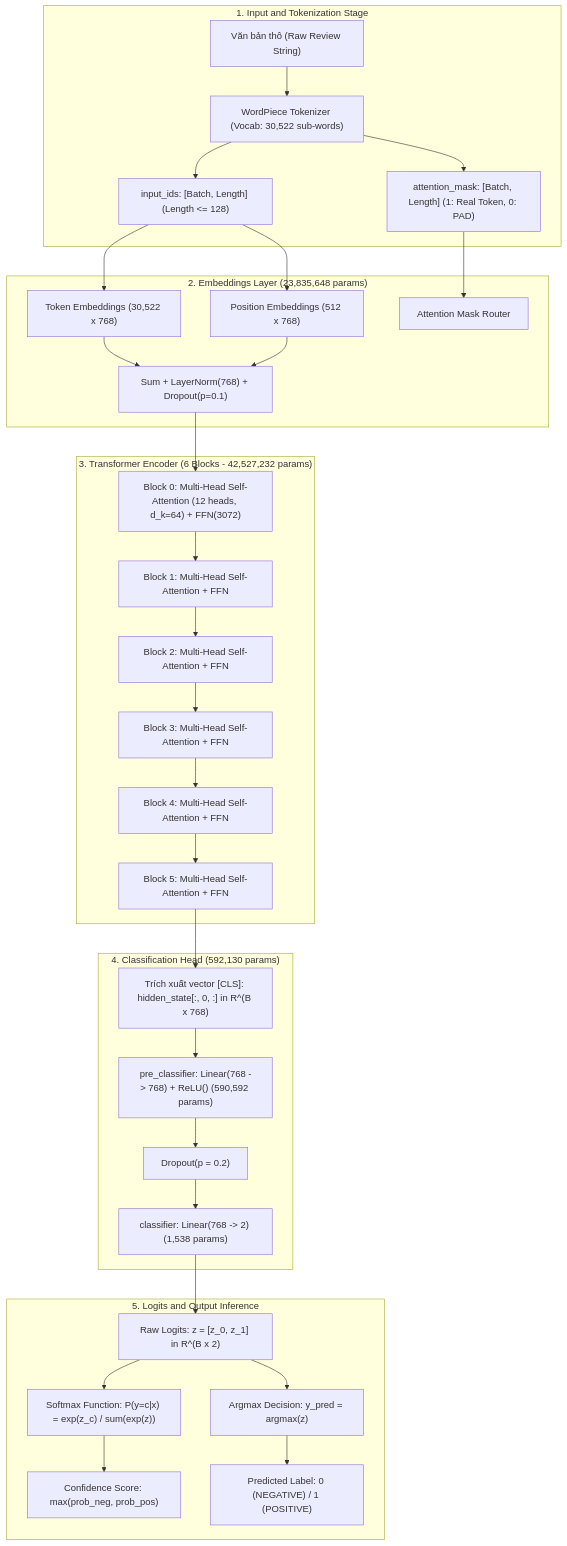
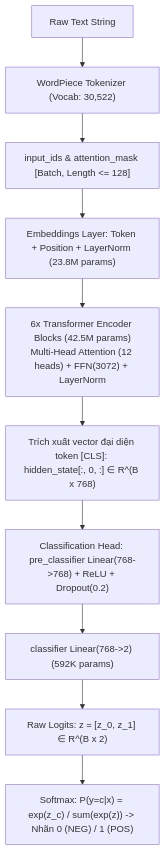
One commit to nguyenthinhuy04062006-droid/DL_lab3 changed the diagram in docs/model.md. Above: the diagram before and after it, drawn with Mermaid. The commit also changed other lines of this file and 10 other files, not shown here.

````diff
--- a/docs/model.md
+++ b/docs/model.md
@@ -119,40 +34,12 @@
 ```mermaid
 flowchart TD
-    subgraph InputStage["1. Input and Tokenization Stage"]
-        A["Văn bản thô (Raw Review String)"] --> B["WordPiece Tokenizer (Vocab: 30,522 sub-words)"]
-        B --> C["input_ids: [Batch, Length] (Length <= 128)"]
-        B --> D["attention_mask: [Batch, Length] (1: Real Token, 0: PAD)"]
-    end
-
-    subgraph EmbeddingStage["2. Embeddings Layer (23,835,648 params)"]
-        C --> E1["Token Embeddings (30,522 x 768)"]
-        C --> E2["Position Embeddings (512 x 768)"]
-        D --> E3["Attention Mask Router"]
-        E1 --> E4["Sum + LayerNorm(768) + Dropout(p=0.1)"]
-        E2 --> E4
-    end
-
-    subgraph TransformerEncoder["3. Transformer Encoder (6 Blocks - 42,527,232 params)"]
-        E4 --> TB0["Block 0: Multi-Head Self-Attention (12 heads, d_k=64) + FFN(3072)"]
-        TB0 --> TB1["Block 1: Multi-Head Self-Attention + FFN"]
-        TB1 --> TB2["Block 2: Multi-Head Self-Attention + FFN"]
-        TB2 --> TB3["Block 3: Multi-Head Self-Attention + FFN"]
-        TB3 --> TB4["Block 4: Multi-Head Self-Attention + FFN"]
-        TB4 --> TB5["Block 5: Multi-Head Self-Attention + FFN"]
-    end
-
-    subgraph ClassificationHead["4. Classification Head (592,130 params)"]
-        TB5 --> CLS["Trích xuất vector [CLS]: hidden_state[:, 0, :] in R^(B x 768)"]
-        CLS --> PRE["pre_classifier: Linear(768 -> 768) + ReLU() (590,592 params)"]
-        PRE --> DROP["Dropout(p = 0.2)"]
-        DROP --> LIN["classifier: Linear(768 -> 2) (1,538 params)"]
-    end
-
-    subgraph OutputStage["5. Logits and Output Inference"]
-        LIN --> LOGITS["Raw Logits: z = [z_0, z_1] in R^(B x 2)"]
-        LOGITS --> SM["Softmax Function: P(y=c|x) = exp(z_c) / sum(exp(z))"]
-        LOGITS --> AM["Argmax Decision: y_pred = argmax(z)"]
-        SM --> CONF["Confidence Score: max(prob_neg, prob_pos)"]
-        AM --> PRED["Predicted Label: 0 (NEGATIVE) / 1 (POSITIVE)"]
-    end
+    A["Raw Text String"] --> B["WordPiece Tokenizer (Vocab: 30,522)"]
+    B --> C["input_ids & attention_mask [Batch, Length <= 128]"]
+    C --> D["Embeddings Layer: Token + Position + LayerNorm (23.8M params)"]
+    D --> E["6x Transformer Encoder Blocks (42.5M params)<br/>Multi-Head Attention (12 heads) + FFN(3072) + LayerNorm"]
+    E --> F["Trích xuất vector đại diện token [CLS]: hidden_state[:, 0, :] ∈ R^(B x 768)"]
+    F --> G["Classification Head: pre_classifier Linear(768->768) + ReLU + Dropout(0.2)"]
+    G --> H["classifier Linear(768->2) (592K params)"]
+    H --> I["Raw Logits: z = [z_0, z_1] ∈ R^(B x 2)"]
+    I --> J["Softmax: P(y=c|x) = exp(z_c) / sum(exp(z)) -> Nhãn 0 (NEG) / 1 (POS)"]
 ```
````
